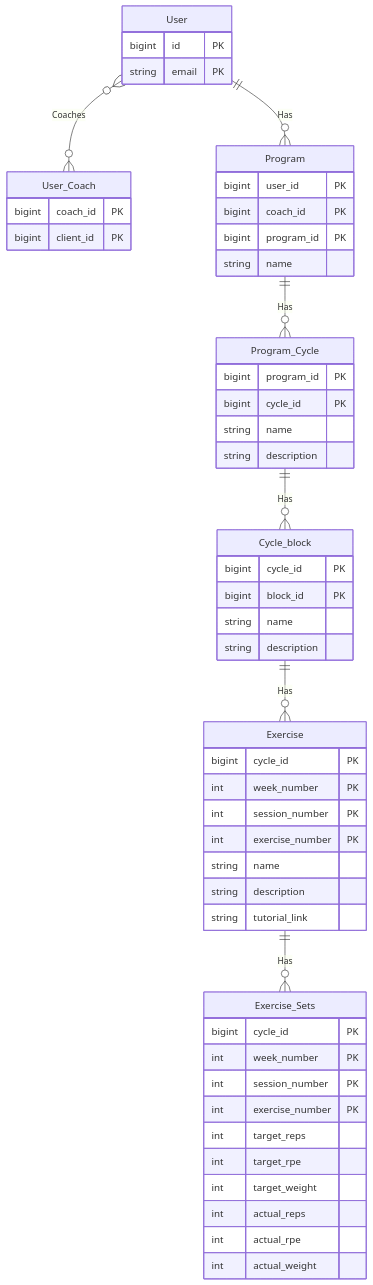
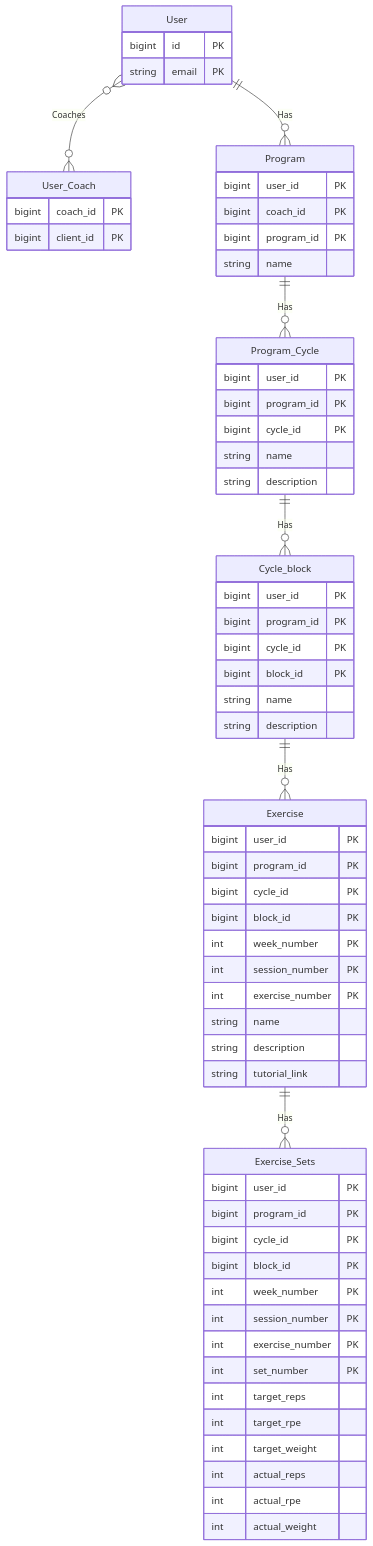
One commit to ConnorHall938/PwrProgram changed the diagram in dbSchema.mermaid. Above: the diagram before and after it, drawn with Mermaid. The commit also changed 6 other files, not shown here.

```diff
--- a/dbSchema.mermaid
+++ b/dbSchema.mermaid
@@ -1,63 +1,73 @@
 erDiagram
     User{
         bigint id PK
         string email PK
     }
 
     User_Coach{
         bigint coach_id PK
         bigint client_id PK
     }
 
     Program{
         bigint user_id PK
         bigint coach_id PK
         bigint program_id PK
         string name
     }
 
     Program_Cycle{
+        bigint user_id PK
         bigint program_id PK
         bigint cycle_id PK
         string name
         string description
     }
 
     Cycle_block{
+        bigint user_id PK
+        bigint program_id PK
         bigint cycle_id PK
         bigint block_id PK
         string name
         string description
     }
 
     Exercise{
+        bigint user_id PK
+        bigint program_id PK
         bigint cycle_id PK
+        bigint block_id PK
         int week_number PK
         int session_number PK
         int exercise_number PK
         string name
         string description
         string tutorial_link
     }
 
     Exercise_Sets{
+        bigint user_id PK
+        bigint program_id PK
         bigint cycle_id PK
+        bigint block_id PK
         int week_number PK
         int session_number PK
         int exercise_number PK
+        int set_number PK
 
         int target_reps
         int target_rpe
         int target_weight
         int actual_reps
         int actual_rpe
         int actual_weight
     }
 
     User }o--o{ User_Coach: "Coaches"
     User ||--o{ Program : "Has"
 
     Program ||--o{ Program_Cycle : "Has"
     Program_Cycle ||--o{ Cycle_block : "Has"
     Cycle_block ||--o{ Exercise : "Has"
     Exercise ||--o{ Exercise_Sets : "Has"
```
